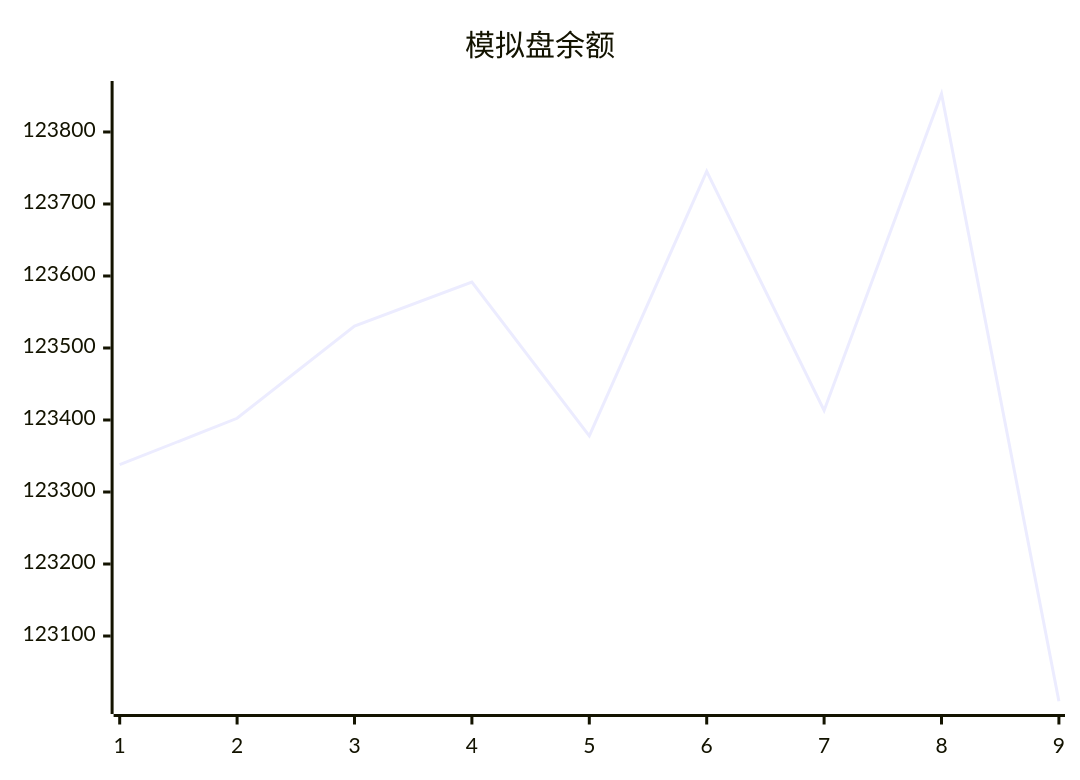
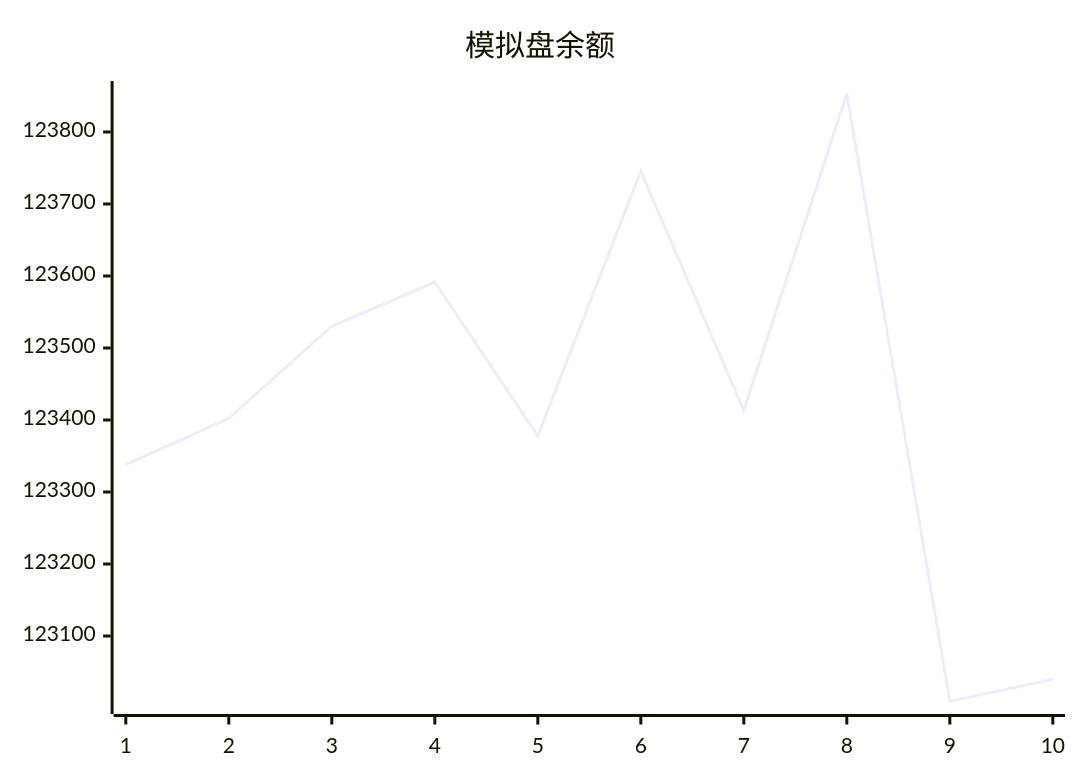
The diagram in trading/README.md (aahl/mcp-aktools), drawn with Mermaid before and after one commit. The commit also changed 1 other file, not shown here.

Commit message:
📈 AkTools MCP Server

````diff
--- a/trading/README.md
+++ b/trading/README.md
@@ -3,5 +3,5 @@
 ```mermaid
 xychart
     title "模拟盘余额"
-    line [123337.9,123402.4,123530.3,123591.6,123377.9,123745.3,123413.3,123853.1,123009.4]
+    line [123337.9,123402.4,123530.3,123591.6,123377.9,123745.3,123413.3,123853.1,123009.4,123039.8]
 ```
````
